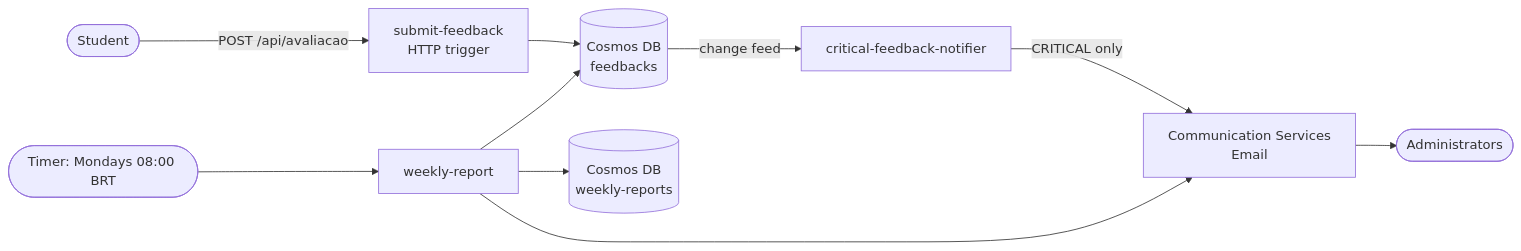
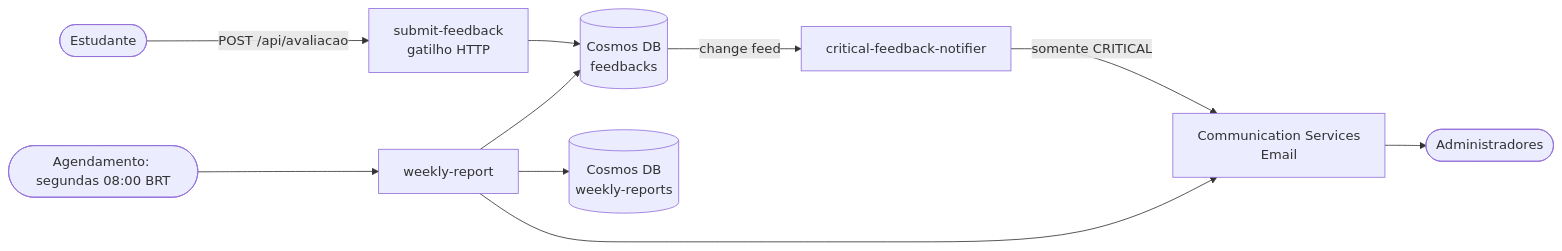
One commit to gepaesdev/fiap-fase4-techchallenge changed the diagram in README.md. Above: the diagram before and after it, drawn with Mermaid. The commit also changed other lines of this file, not shown here.

````diff
--- a/README.md
+++ b/README.md
@@ -23,12 +23,12 @@
 ```mermaid
 flowchart LR
-    Student([Student]) -- "POST /api/avaliacao" --> Submit[submit-feedback<br/>HTTP trigger]
+    Student([Estudante]) -- "POST /api/avaliacao" --> Submit[submit-feedback<br/>gatilho HTTP]
     Submit --> Cosmos[(Cosmos DB<br/>feedbacks)]
     Cosmos -- change feed --> Notifier[critical-feedback-notifier]
-    Notifier -- CRITICAL only --> Email[Communication Services<br/>Email]
-    Timer([Timer: Mondays 08:00 BRT]) --> Report[weekly-report]
+    Notifier -- somente CRITICAL --> Email[Communication Services<br/>Email]
+    Timer([Agendamento: segundas 08:00 BRT]) --> Report[weekly-report]
     Report --> Cosmos
     Report --> Reports[(Cosmos DB<br/>weekly-reports)]
     Report --> Email
-    Email --> Admins([Administrators])
+    Email --> Admins([Administradores])
 ```
````
